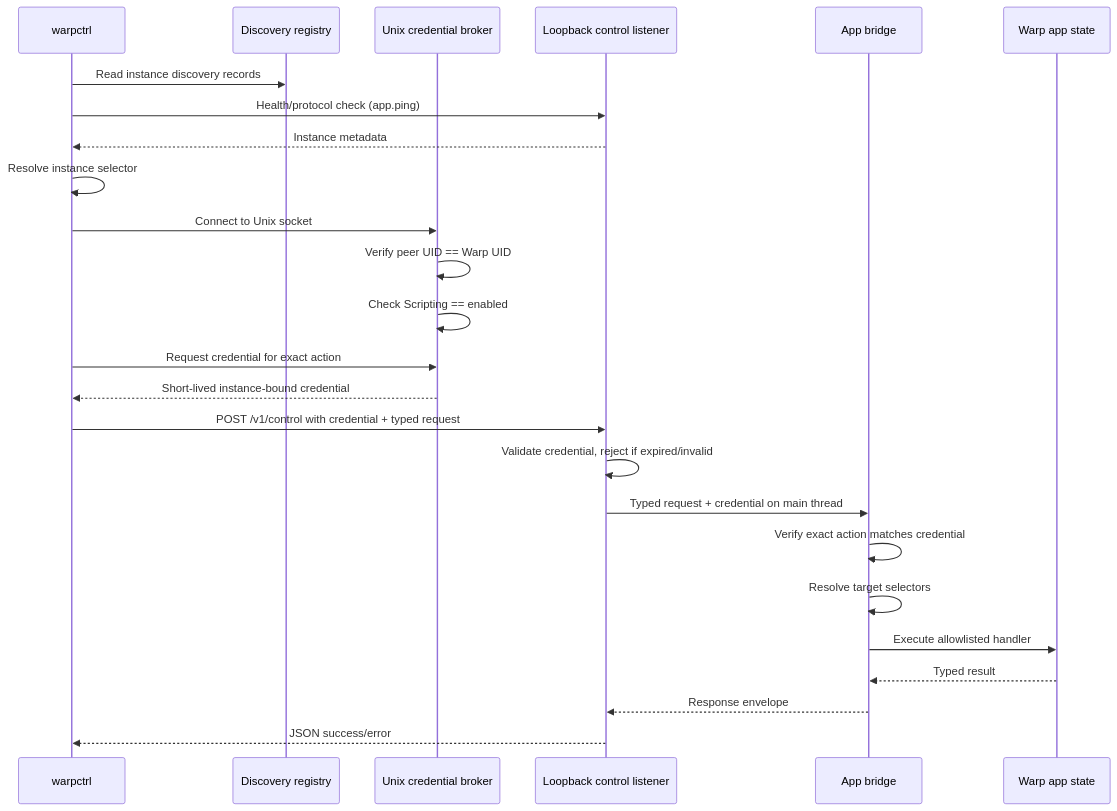
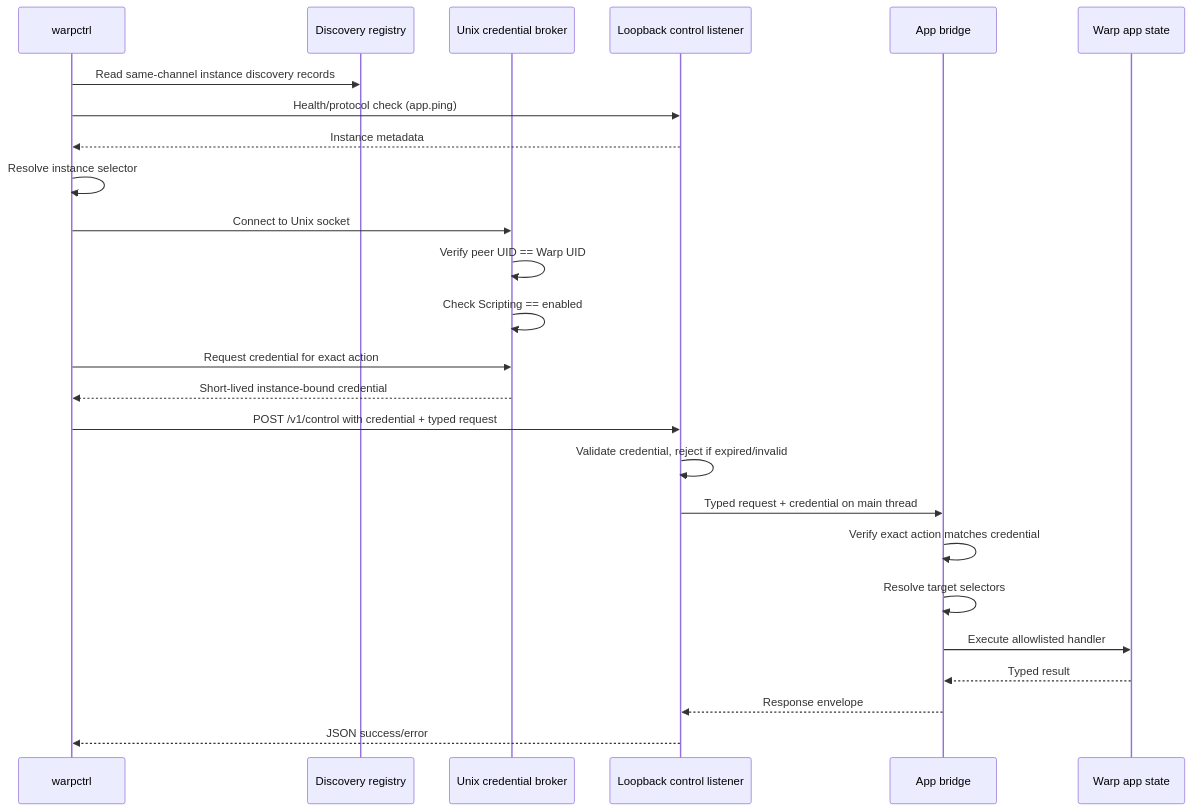
Before and after one commit to EnSue-Laboratories/warp: the diagram in specs/warp-control-cli/TECH.md, drawn with Mermaid. The commit also changed other lines of this file and 23 other files, not shown here.

````diff
--- a/specs/warp-control-cli/TECH.md
+++ b/specs/warp-control-cli/TECH.md
@@ -200,28 +200,28 @@
 ```mermaid
 sequenceDiagram
     participant CLI as warpctrl
     participant REG as Discovery registry
     participant BROKER as Unix credential broker
     participant HTTP as Loopback control listener
     participant BRIDGE as App bridge
     participant UI as Warp app state
 
-    CLI->>REG: Read instance discovery records
+    CLI->>REG: Read same-channel instance discovery records
     CLI->>HTTP: Health/protocol check (app.ping)
     HTTP-->>CLI: Instance metadata
     CLI->>CLI: Resolve instance selector
     CLI->>BROKER: Connect to Unix socket
     BROKER->>BROKER: Verify peer UID == Warp UID
     BROKER->>BROKER: Check Scripting == enabled
     CLI->>BROKER: Request credential for exact action
     BROKER-->>CLI: Short-lived instance-bound credential
     CLI->>HTTP: POST /v1/control with credential + typed request
     HTTP->>HTTP: Validate credential, reject if expired/invalid
     HTTP->>BRIDGE: Typed request + credential on main thread
     BRIDGE->>BRIDGE: Verify exact action matches credential
     BRIDGE->>BRIDGE: Resolve target selectors
     BRIDGE->>UI: Execute allowlisted handler
     UI-->>BRIDGE: Typed result
     BRIDGE-->>HTTP: Response envelope
     HTTP-->>CLI: JSON success/error
 ```
````
